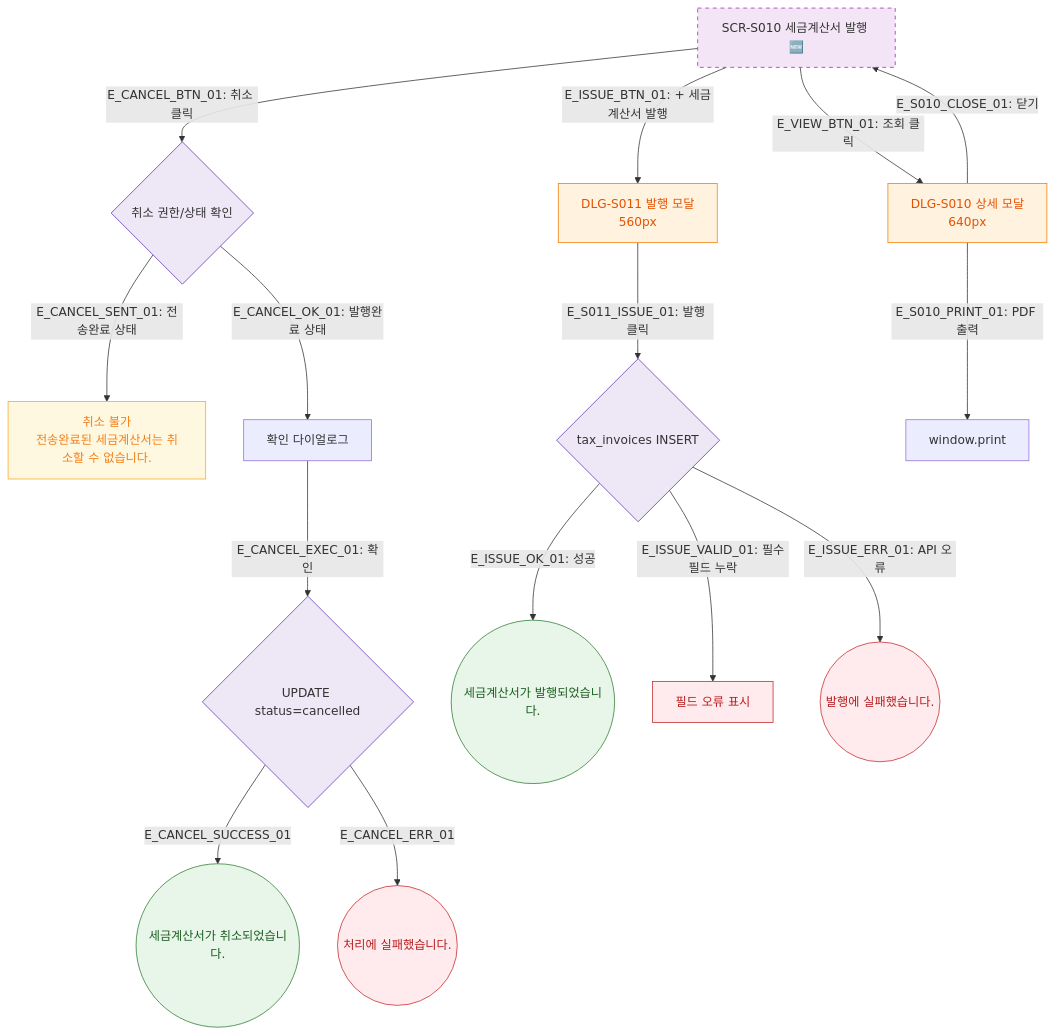
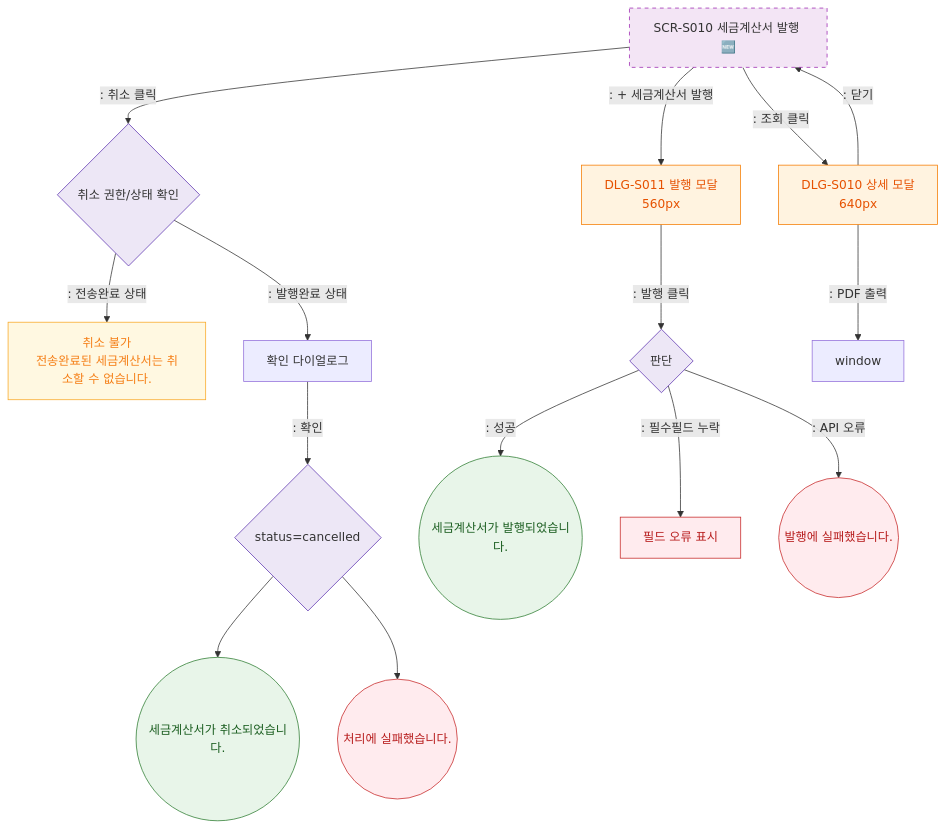
One commit to dev-spogym/admin-pando changed the diagram in docs/다이어그램/D03_매출관리/SCR-S010_세금계산서발행/F2_메인.md. Above: the diagram before and after it, drawn with Mermaid. The commit also changed other lines of this file and 1660 other files, not shown here.

First line of the commit message:
다이어그램: 기획자/클라이언트 납품본으로 정리

````diff
--- a/docs/다이어그램/D03_매출관리/SCR-S010_세금계산서발행/F2_메인.md
+++ b/docs/다이어그램/D03_매출관리/SCR-S010_세금계산서발행/F2_메인.md
@@ -20,36 +18,36 @@
 ```mermaid
 flowchart TD
     S010[SCR-S010 세금계산서 발행 🆕]
 
-    S010 -->|"E_ISSUE_BTN_01: + 세금계산서 발행"| DLG_S011[DLG-S011 발행 모달\n560px]
-    S010 -->|"E_VIEW_BTN_01: 조회 클릭"| DLG_S010[DLG-S010 상세 모달\n640px]
-    S010 -->|"E_CANCEL_BTN_01: 취소 클릭"| CANCEL_AUTH{취소 권한/상태 확인}
+    S010 -->|": + 세금계산서 발행"|DLG_S011[DLG-S011 발행 모달\n560px]
+    S010 -->|": 조회 클릭"|DLG_S010[DLG-S010 상세 모달\n640px]
+    S010 -->|": 취소 클릭"|CANCEL_AUTH{취소 권한/상태 확인}
 
-    CANCEL_AUTH -->|"E_CANCEL_SENT_01: 전송완료 상태"| CANCEL_BLOCKED[취소 불가\n전송완료된 세금계산서는 취소할 수 없습니다.]
-    CANCEL_AUTH -->|"E_CANCEL_OK_01: 발행완료 상태"| CANCEL_CONFIRM[확인 다이얼로그]
-    CANCEL_CONFIRM -->|"E_CANCEL_EXEC_01: 확인"| CANCEL_EXEC{UPDATE status=cancelled}
-    CANCEL_EXEC -->|E_CANCEL_SUCCESS_01| TOAST_CANCEL_OK((세금계산서가 취소되었습니다.))
-    CANCEL_EXEC -->|E_CANCEL_ERR_01| TOAST_CANCEL_ERR((처리에 실패했습니다.))
+    CANCEL_AUTH -->|": 전송완료 상태"|CANCEL_BLOCKED[취소 불가\n전송완료된 세금계산서는 취소할 수 없습니다.]
+    CANCEL_AUTH -->|": 발행완료 상태"|CANCEL_CONFIRM[확인 다이얼로그]
+    CANCEL_CONFIRM -->|": 확인"|CANCEL_EXEC{status=cancelled}
+    CANCEL_EXEC --> TOAST_CANCEL_OK((세금계산서가 취소되었습니다.))
+    CANCEL_EXEC --> TOAST_CANCEL_ERR((처리에 실패했습니다.))
 
-    DLG_S011 -->|"E_S011_ISSUE_01: 발행 클릭"| ISSUE_EXEC{tax_invoices INSERT}
-    ISSUE_EXEC -->|"E_ISSUE_OK_01: 성공"| TOAST_ISSUE_OK((세금계산서가 발행되었습니다.))
-    ISSUE_EXEC -->|"E_ISSUE_VALID_01: 필수필드 누락"| ERR_VALID[필드 오류 표시]
-    ISSUE_EXEC -->|"E_ISSUE_ERR_01: API 오류"| TOAST_ISSUE_ERR((발행에 실패했습니다.))
+    DLG_S011 -->|": 발행 클릭"|ISSUE_EXEC{판단}
+    ISSUE_EXEC -->|": 성공"|TOAST_ISSUE_OK((세금계산서가 발행되었습니다.))
+    ISSUE_EXEC -->|": 필수필드 누락"|ERR_VALID[필드 오류 표시]
+    ISSUE_EXEC -->|": API 오류"|TOAST_ISSUE_ERR((발행에 실패했습니다.))
 
-    DLG_S010 -->|"E_S010_PRINT_01: PDF 출력"| PDF_PRINT[window.print]
-    DLG_S010 -->|"E_S010_CLOSE_01: 닫기"| S010
+    DLG_S010 -->|": PDF 출력"|PDF_PRINT[window]
+    DLG_S010 -->|": 닫기"|S010
 
     classDef newFeature fill:#F3E5F5,stroke:#9C27B0,stroke-dasharray:5 5
     classDef modal fill:#FFF3E0,stroke:#F57C00,color:#E65100
     classDef error fill:#FFEBEE,stroke:#C62828,color:#B71C1C
     classDef success fill:#E8F5E9,stroke:#2E7D32,color:#1B5E20
     classDef system fill:#EDE7F6,stroke:#5E35B2
     classDef warning fill:#FFF8E1,stroke:#F9A825,color:#F57F17
 
     class S010 newFeature
     class DLG_S010,DLG_S011 modal
     class TOAST_CANCEL_ERR,TOAST_ISSUE_ERR,ERR_VALID error
     class TOAST_CANCEL_OK,TOAST_ISSUE_OK success
     class CANCEL_AUTH,CANCEL_EXEC,ISSUE_EXEC system
     class CANCEL_BLOCKED warning
 ```
````
